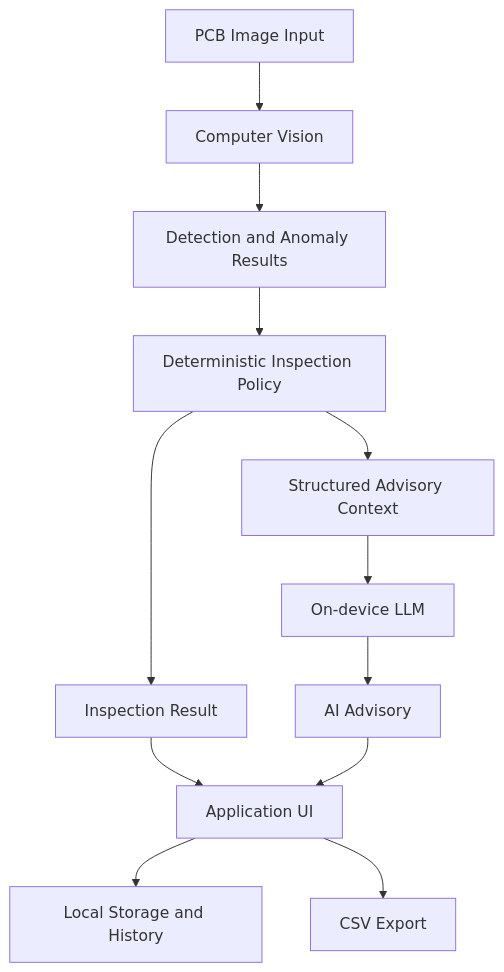
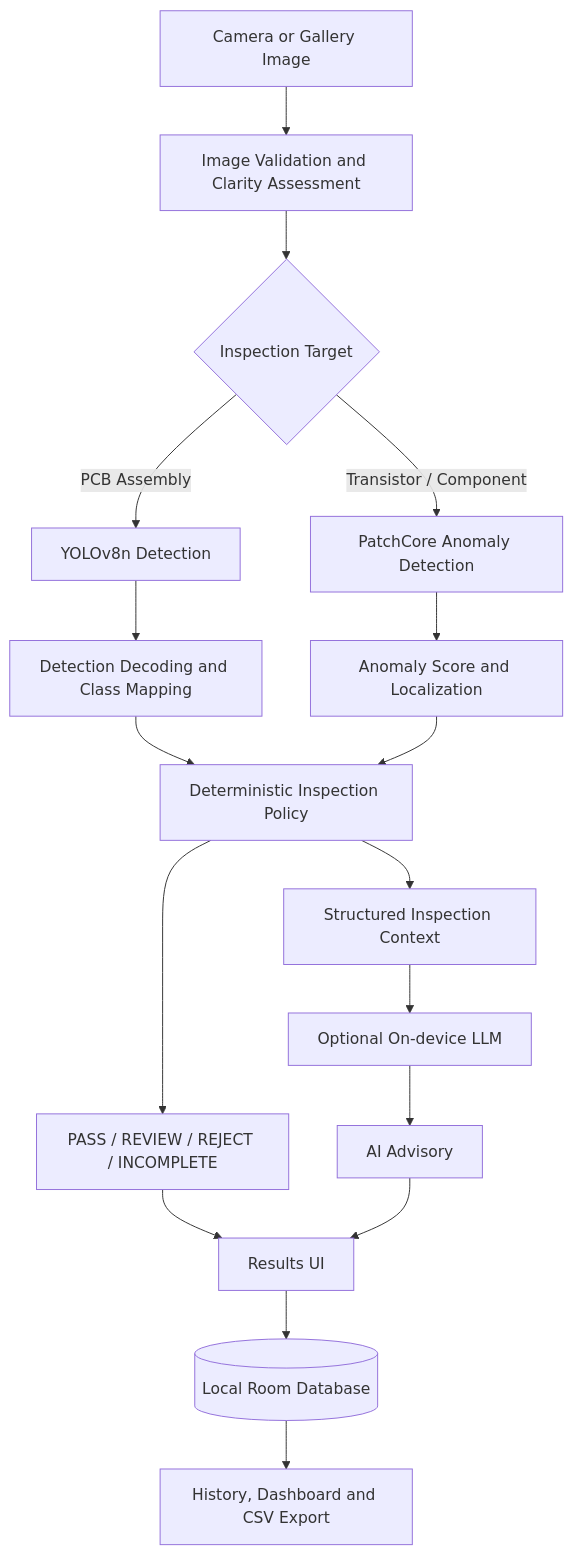
The first of 2 diagrams in README.md (radicalSanta/Bharat-AI-PCB-Inspector), drawn with Mermaid before and after one commit. The commit also changed other lines of this file, not shown here.

Commit message:
docs: rewrite README with architecture and usage details

````diff
--- a/README.md
+++ b/README.md
@@ -20,14 +44,19 @@
 ```mermaid
 flowchart TD
-    A[PCB Image Input] --> B[Computer Vision]
-    B --> C[Detection and Anomaly Results]
-    C --> D[Deterministic Inspection Policy]
-    D --> E[Inspection Result]
-    D --> F[Structured Advisory Context]
-    F --> G[On-device LLM]
-    G --> H[AI Advisory]
-    E --> I[Application UI]
-    H --> I
-    I --> J[Local Storage and History]
-    I --> K[CSV Export]
+    A[Camera or Gallery Image] --> B[Image Validation and Clarity Assessment]
+    B --> C{Inspection Target}
+    C -->|PCB Assembly| D[YOLOv8n Detection]
+    C -->|Transistor / Component| E[PatchCore Anomaly Detection]
+    D --> F[Detection Decoding and Class Mapping]
+    E --> G[Anomaly Score and Localization]
+    F --> H[Deterministic Inspection Policy]
+    G --> H
+    H --> I[PASS / REVIEW / REJECT / INCOMPLETE]
+    H --> J[Structured Inspection Context]
+    J --> K[Optional On-device LLM]
+    K --> L[AI Advisory]
+    I --> M[Results UI]
+    L --> M
+    M --> N[(Local Room Database)]
+    N --> O[History, Dashboard and CSV Export]
 ```
````
